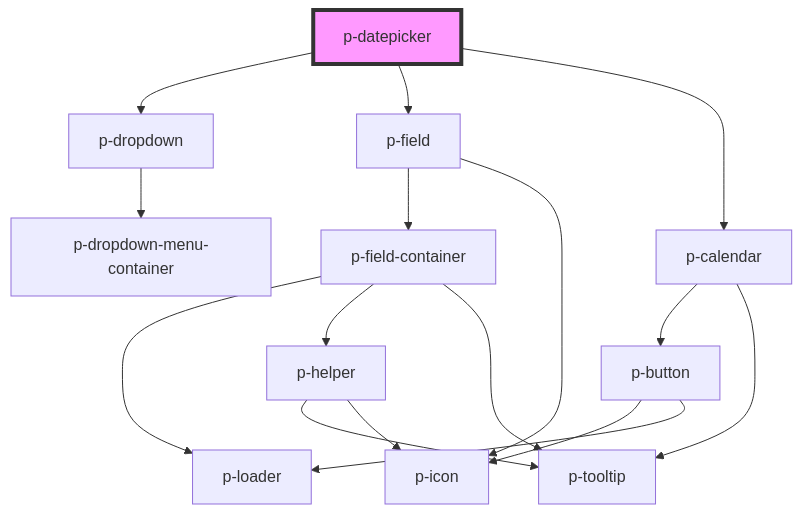
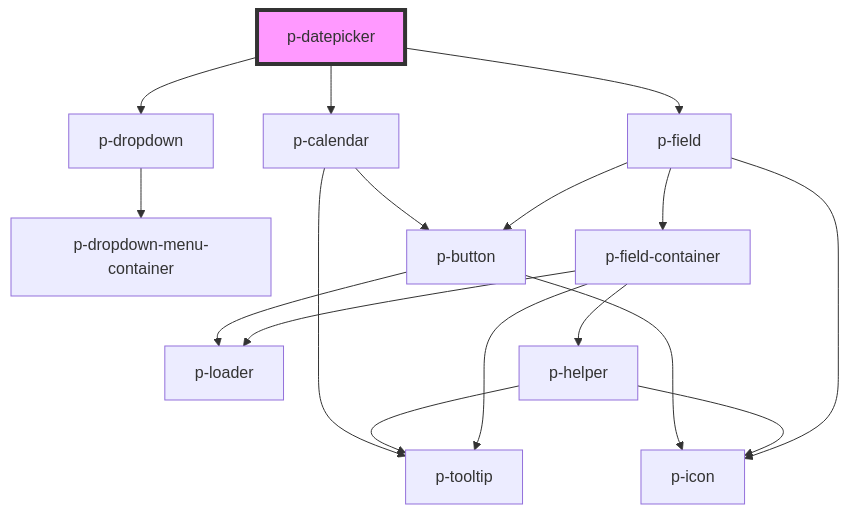
The diagram in packages/core/src/components/molecules/datepicker/readme.md (Employes/Paperless), drawn with Mermaid before and after one commit. The commit also changed 7 other files, not shown here.

Commit message:
feat(molecules/field): Add ability to show add button

````diff
--- a/packages/core/src/components/molecules/datepicker/readme.md
+++ b/packages/core/src/components/molecules/datepicker/readme.md
@@ -54,19 +54,20 @@
 ```mermaid
 graph TD;
   p-datepicker --> p-dropdown
   p-datepicker --> p-field
   p-datepicker --> p-calendar
   p-dropdown --> p-dropdown-menu-container
   p-field --> p-field-container
   p-field --> p-icon
+  p-field --> p-button
   p-field-container --> p-loader
   p-field-container --> p-helper
   p-field-container --> p-tooltip
   p-helper --> p-tooltip
   p-helper --> p-icon
+  p-button --> p-icon
+  p-button --> p-loader
   p-calendar --> p-button
   p-calendar --> p-tooltip
-  p-button --> p-icon
-  p-button --> p-loader
   style p-datepicker fill:#f9f,stroke:#333,stroke-width:4px
 ```
````
